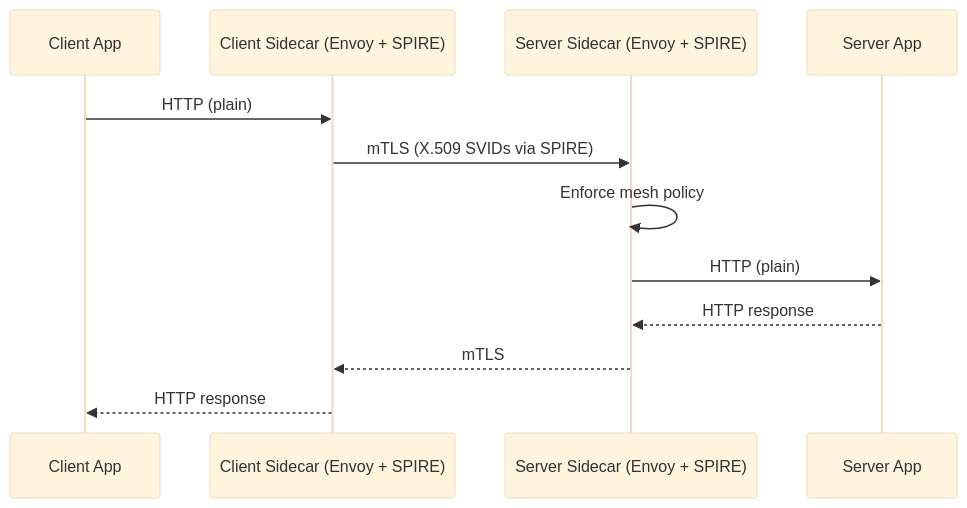
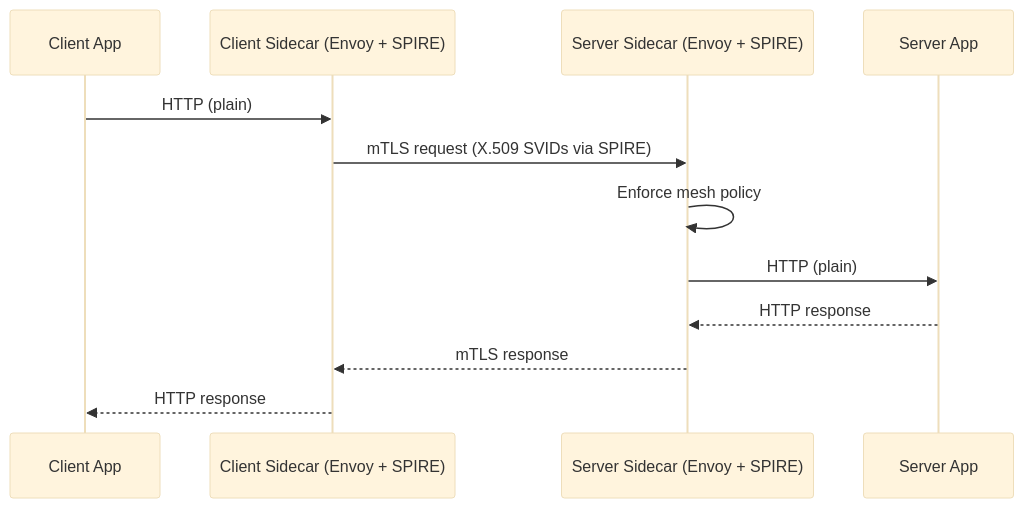
Before and after one commit to cofide/cofide-demos: the diagram in workloads/ping-pong-mesh/README.md, drawn with Mermaid (base theme). The commit also changed 2 other files, not shown here.

Commit message:
Apply suggestions from code review

````diff
--- a/workloads/ping-pong-mesh/README.md
+++ b/workloads/ping-pong-mesh/README.md
@@ -11,15 +11,15 @@
 ```mermaid
 sequenceDiagram
     participant C as Client App
     participant CS as Client Sidecar (Envoy + SPIRE)
     participant SS as Server Sidecar (Envoy + SPIRE)
     participant S as Server App
 
     C->>CS: HTTP (plain)
-    CS->>SS: mTLS (X.509 SVIDs via SPIRE)
+    CS->>SS: mTLS request (X.509 SVIDs via SPIRE)
     SS->>SS: Enforce mesh policy
     SS->>S: HTTP (plain)
     S-->>SS: HTTP response
-    SS-->>CS: mTLS
+    SS-->>CS: mTLS response
     CS-->>C: HTTP response
 ```
````
